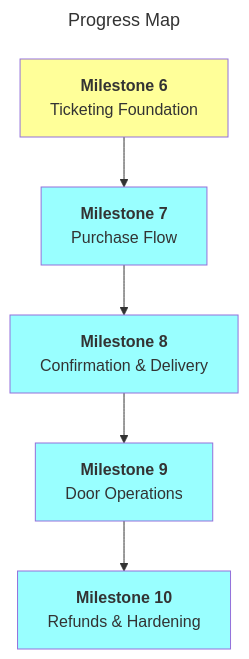
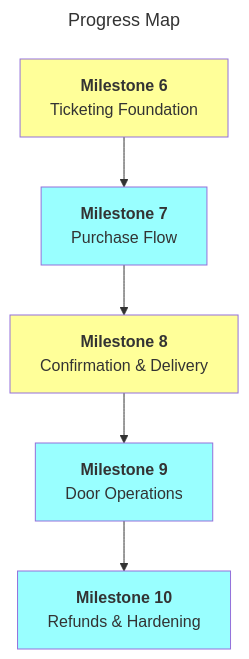
Before and after one commit to Oggie112/C58: the diagram in docs/roadmaps/ticketing.md, drawn with Mermaid. The commit also changed other lines of this file, not shown here.

First line of the commit message:
docs(roadmap): plan Milestone 8 confirmation and delivery

````diff
--- a/docs/roadmaps/ticketing.md
+++ b/docs/roadmaps/ticketing.md
@@ -186,20 +199,20 @@
 ```mermaid
 ---
 title: Progress Map
 ---
 graph TD
 
 m6["`**Milestone 6**<br/>Ticketing Foundation`"]:::mile
 m7["`**Milestone 7**<br/>Purchase Flow`"]:::mile
 m8["`**Milestone 8**<br/>Confirmation & Delivery`"]:::mile
 m9["`**Milestone 9**<br/>Door Operations`"]:::mile
 m10["`**Milestone 10**<br/>Refunds & Hardening`"]:::mile
 
 m6 --> m7 --> m8 --> m9 --> m10
 
-class m6 open
+class m6,m8 open
 
 classDef default fill:#f9f
 classDef open fill:#ff9
 classDef mile fill:#9ff
 ```
````
